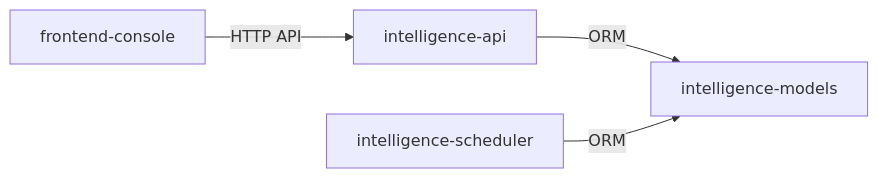
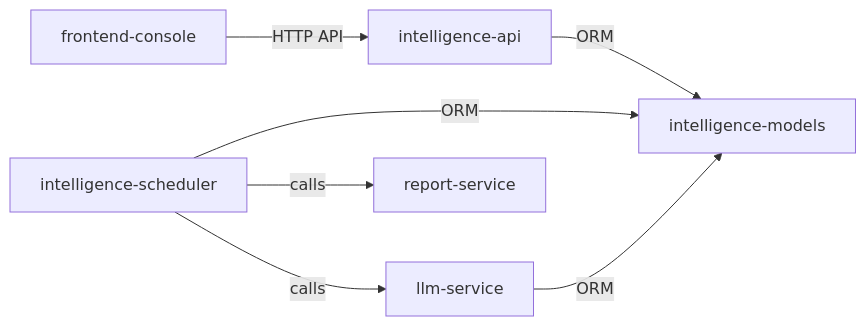
One commit to Melody4j/ai-workshop changed the diagram in .aisdlc/project/components/index.md. Above: the diagram before and after it, drawn with Mermaid. The commit also changed other lines of this file and 9 other files, not shown here.

````diff
--- a/.aisdlc/project/components/index.md
+++ b/.aisdlc/project/components/index.md
@@ -12,6 +14,9 @@
 ```mermaid
 graph LR
   frontend_console["frontend-console"] -->|HTTP API| intelligence_api["intelligence-api"]
   intelligence_api -->|ORM| intelligence_models["intelligence-models"]
   intelligence_scheduler["intelligence-scheduler"] -->|ORM| intelligence_models["intelligence-models"]
+  intelligence_scheduler -->|calls| llm_service["llm-service"]
+  intelligence_scheduler -->|calls| report_service["report-service"]
+  llm_service -->|ORM| intelligence_models
 ```
````
